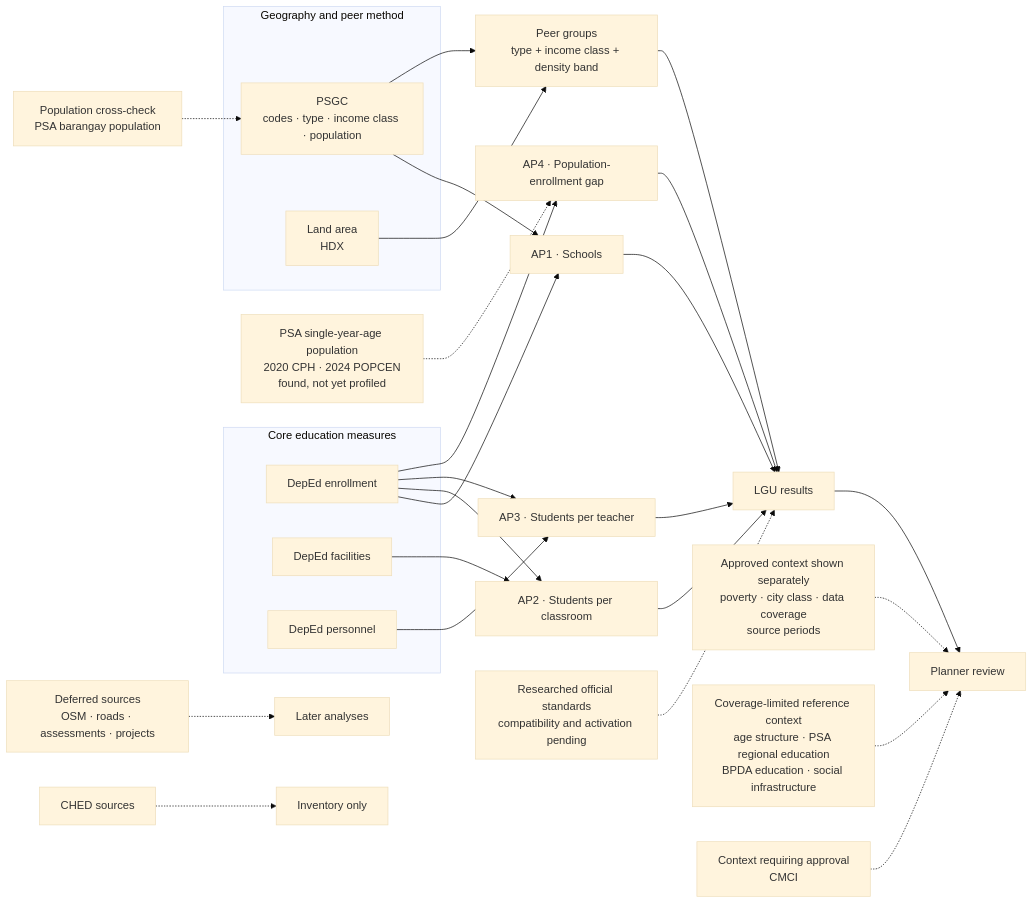
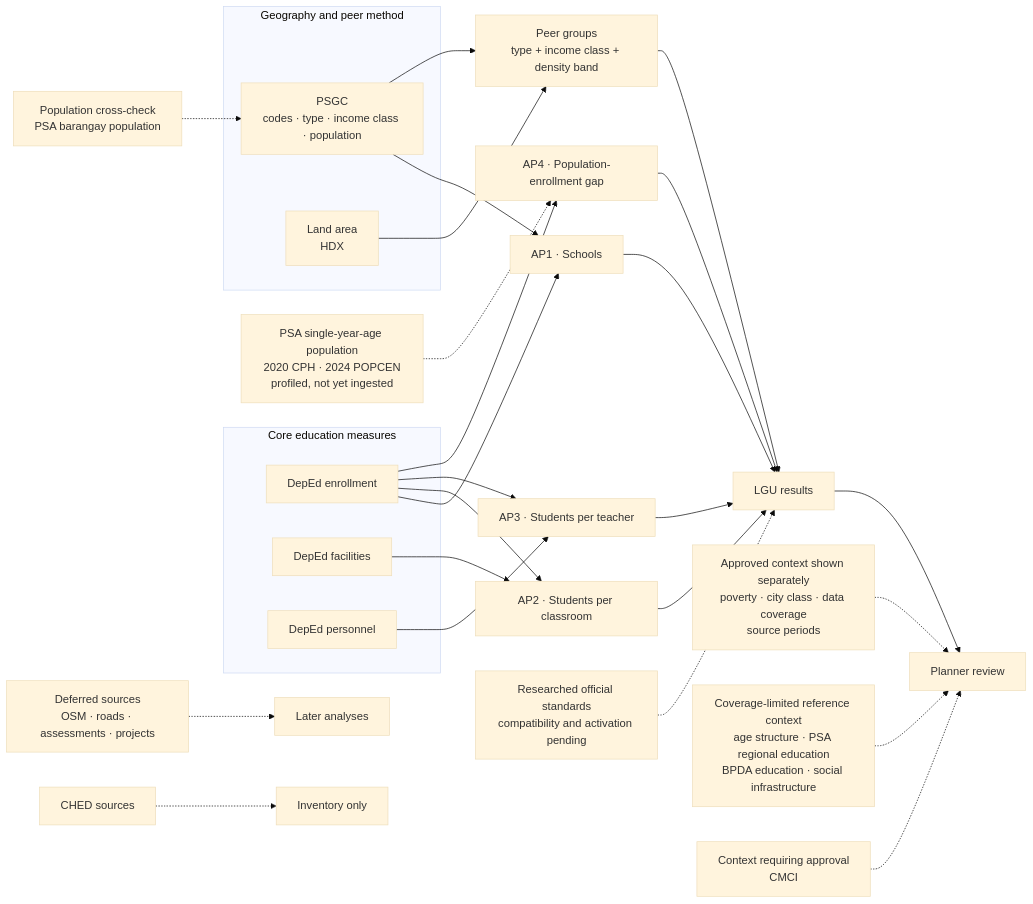
The diagram in docs/business/dataset-use-map.md (hyenalouise/edu-access-sandbox), drawn with Mermaid (base theme) before and after one commit. The commit also changed other lines of this file and 6 other files, not shown here.

````diff
--- a/docs/business/dataset-use-map.md
+++ b/docs/business/dataset-use-map.md
@@ -19,39 +19,39 @@
 ```mermaid
 flowchart LR
     subgraph CORE["Core education measures"]
         ENR["DepEd enrollment"]
         FAC["DepEd facilities"]
         PER["DepEd personnel"]
     end
 
     subgraph METHOD["Geography and peer method"]
     PSGC["PSGC<br/>codes · type · income class · population"]
     AREA["Land area<br/>HDX"]
     end
 
     ENR --> AP1["AP1 · Schools"]
     PSGC --> AP1
     ENR --> AP2["AP2 · Students per classroom"]
     FAC --> AP2
     ENR --> AP3["AP3 · Students per teacher"]
     PER --> AP3
     ENR --> AP4["AP4 · Population-enrollment gap"]
-    AGE["PSA single-year-age population<br/>2020 CPH · 2024 POPCEN<br/>found, not yet profiled"] -.-> AP4
+    AGE["PSA single-year-age population<br/>2020 CPH · 2024 POPCEN<br/>profiled, not yet ingested"] -.-> AP4
 
     PSGC --> PEERS["Peer groups<br/>type + income class + density band"]
     AREA --> PEERS
     AP1 --> RESULT["LGU results"]
     AP2 --> RESULT
     AP3 --> RESULT
     AP4 --> RESULT
     PEERS --> RESULT
     STANDARD["Researched official standards<br/>compatibility and activation pending"] -.-> RESULT
 
     CONTEXT["Approved context shown separately<br/>poverty · city class · data coverage<br/>source periods"] -.-> DASH["Planner review"]
     LIMITED["Coverage-limited reference context<br/>age structure · PSA regional education<br/>BPDA education · social infrastructure"] -.-> DASH
     CANDIDATE["Context requiring approval<br/>CMCI"] -.-> DASH
     POPCHECK["Population cross-check<br/>PSA barangay population"] -.-> PSGC
     RESULT --> DASH
     DEFER["Deferred sources<br/>OSM · roads · assessments · projects"] -.-> LATER["Later analyses"]
     EXCLUDED["CHED sources"] -.-> RECORD["Inventory only"]
 ```
````
